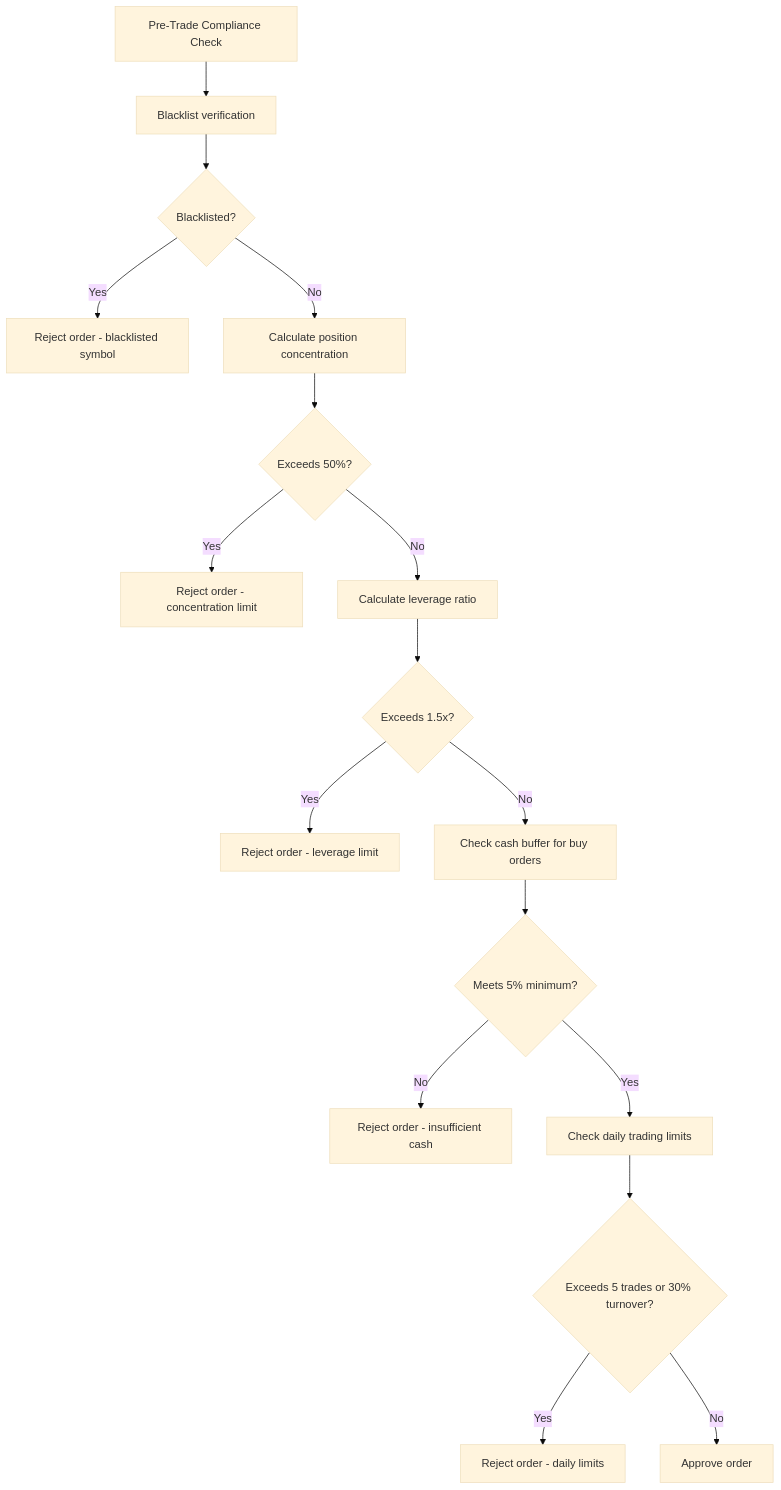
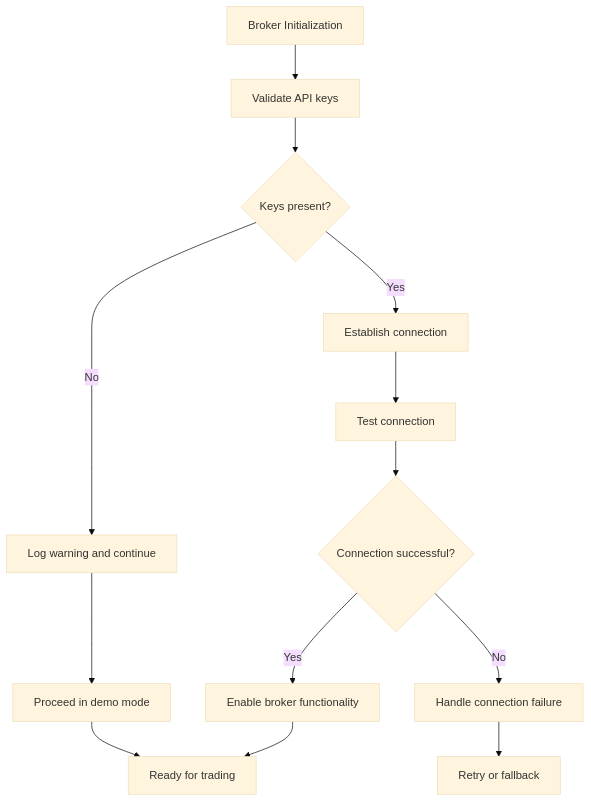
Before and after one commit to guofeng201507/shark-quant-trader: diagram 13 of 13 in .qoder/repowiki/en/content/Execution and Compliance.md, drawn with Mermaid (base theme). The commit also changed other lines of this file and 14 other files, not shown here.

````diff
--- a/.qoder/repowiki/en/content/Execution and Compliance.md
+++ b/.qoder/repowiki/en/content/Execution and Compliance.md
@@ -470,19 +556,15 @@
 ```mermaid
 flowchart TD
-A["Pre-Trade Compliance Check"] --> B["Blacklist verification"]
-B --> C{"Blacklisted?"}
-C --> |Yes| D["Reject order - blacklisted symbol"]
-C --> |No| E["Calculate position concentration"]
-E --> F{"Exceeds 50%?"}
-F --> |Yes| G["Reject order - concentration limit"]
-F --> |No| H["Calculate leverage ratio"]
-H --> I{"Exceeds 1.5x?"}
-I --> |Yes| J["Reject order - leverage limit"]
-I --> |No| K["Check cash buffer for buy orders"]
-K --> L{"Meets 5% minimum?"}
-L --> |No| M["Reject order - insufficient cash"]
-L --> |Yes| N["Check daily trading limits"]
-N --> O{"Exceeds 5 trades or 30% turnover?"}
-O --> |Yes| P["Reject order - daily limits"]
-O --> |No| Q["Approve order"]
+A["Broker Initialization"] --> B["Validate API keys"]
+B --> C{"Keys present?"}
+C --> |Yes| D["Establish connection"]
+C --> |No| E["Log warning and continue"]
+D --> F["Test connection"]
+F --> G{"Connection successful?"}
+G --> |Yes| H["Enable broker functionality"]
+G --> |No| I["Handle connection failure"]
+E --> J["Proceed in demo mode"]
+H --> K["Ready for trading"]
+I --> L["Retry or fallback"]
+J --> K
 ```
````
